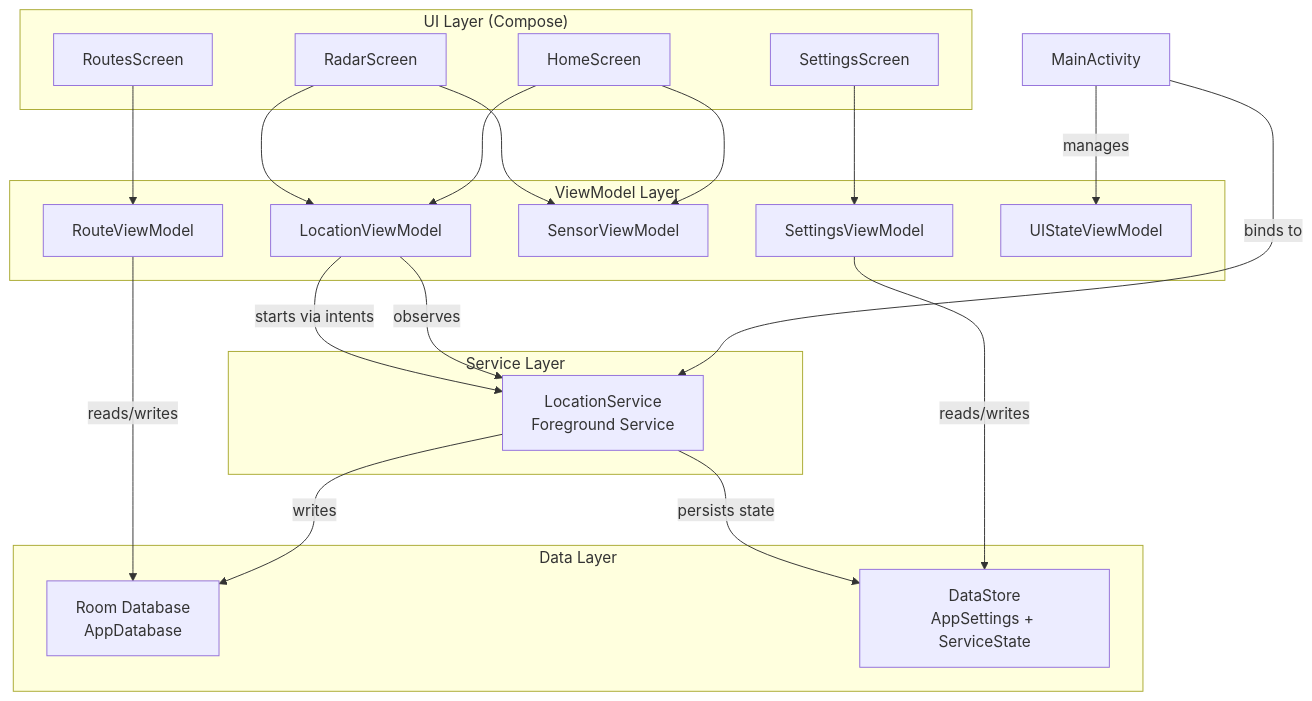
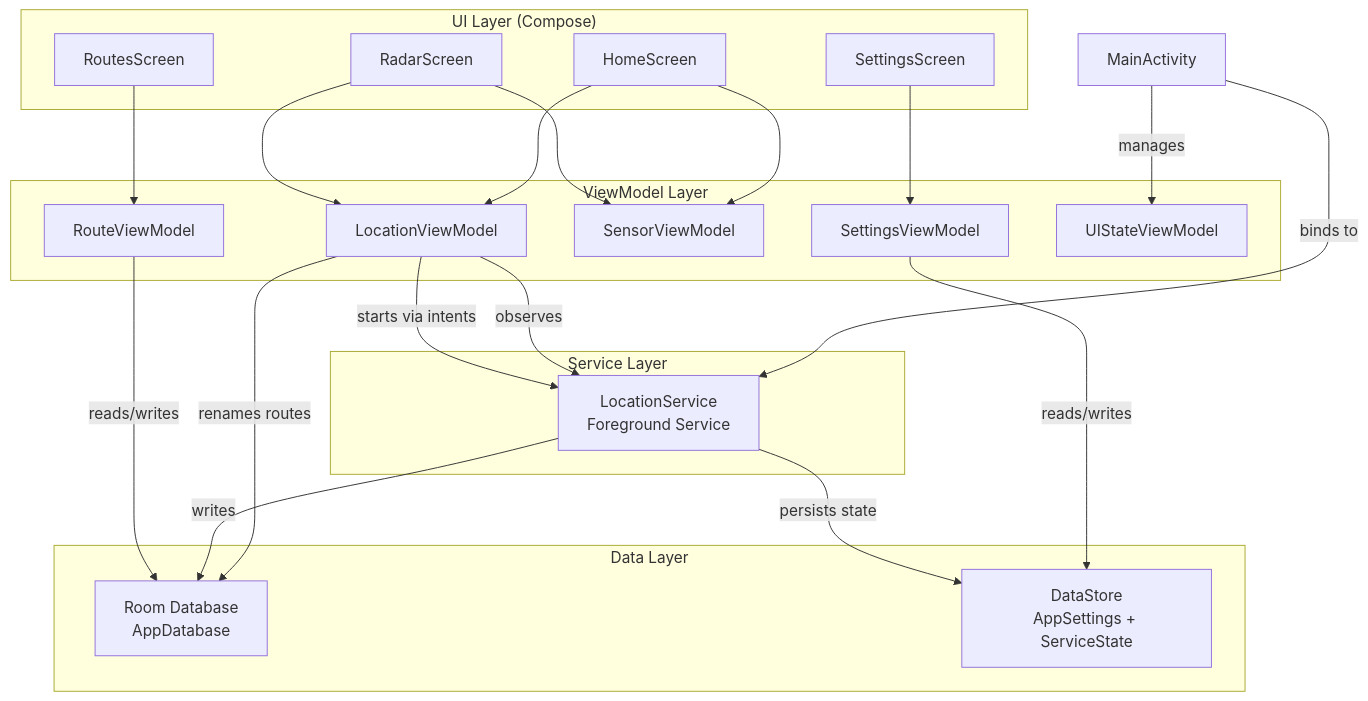
One commit to ameraldo/Radar changed the first of 7 diagrams in docs/architecture/data-flow.md. Above: the diagram before and after it, drawn with Mermaid. The commit also changed other lines of this file and 30 other files, not shown here.

````diff
--- a/docs/architecture/data-flow.md
+++ b/docs/architecture/data-flow.md
@@ -7,42 +7,43 @@
 ```mermaid
 graph TB
     subgraph UI["UI Layer (Compose)"]
         HomeScreen[HomeScreen]
         RadarScreen[RadarScreen]
         RoutesScreen[RoutesScreen]
         SettingsScreen[SettingsScreen]
     end
 
     subgraph ViewModel["ViewModel Layer"]
         LocationVM[LocationViewModel]
         RouteVM[RouteViewModel]
         SensorVM[SensorViewModel]
         SettingsVM[SettingsViewModel]
         UIStateVM[UIStateViewModel]
     end
 
     subgraph Service["Service Layer"]
         LocService[LocationService<br/>Foreground Service]
     end
 
     subgraph Data["Data Layer"]
         Room[Room Database<br/>AppDatabase]
         DataStore[DataStore<br/>AppSettings + ServiceState]
     end
 
     MainActivity[MainActivity] -->|binds to| LocService
     MainActivity -->|manages| UIStateVM
     HomeScreen --> LocationVM
     HomeScreen --> SensorVM
     RadarScreen --> LocationVM
     RadarScreen --> SensorVM
     RoutesScreen --> RouteVM
     SettingsScreen --> SettingsVM
 
     LocationVM -->|observes| LocService
     LocationVM -->|starts via intents| LocService
+    LocationVM -->|renames routes| Room
     LocService -->|writes| Room
     RouteVM -->|reads/writes| Room
     SettingsVM -->|reads/writes| DataStore
     LocService -->|persists state| DataStore
 ```
````
